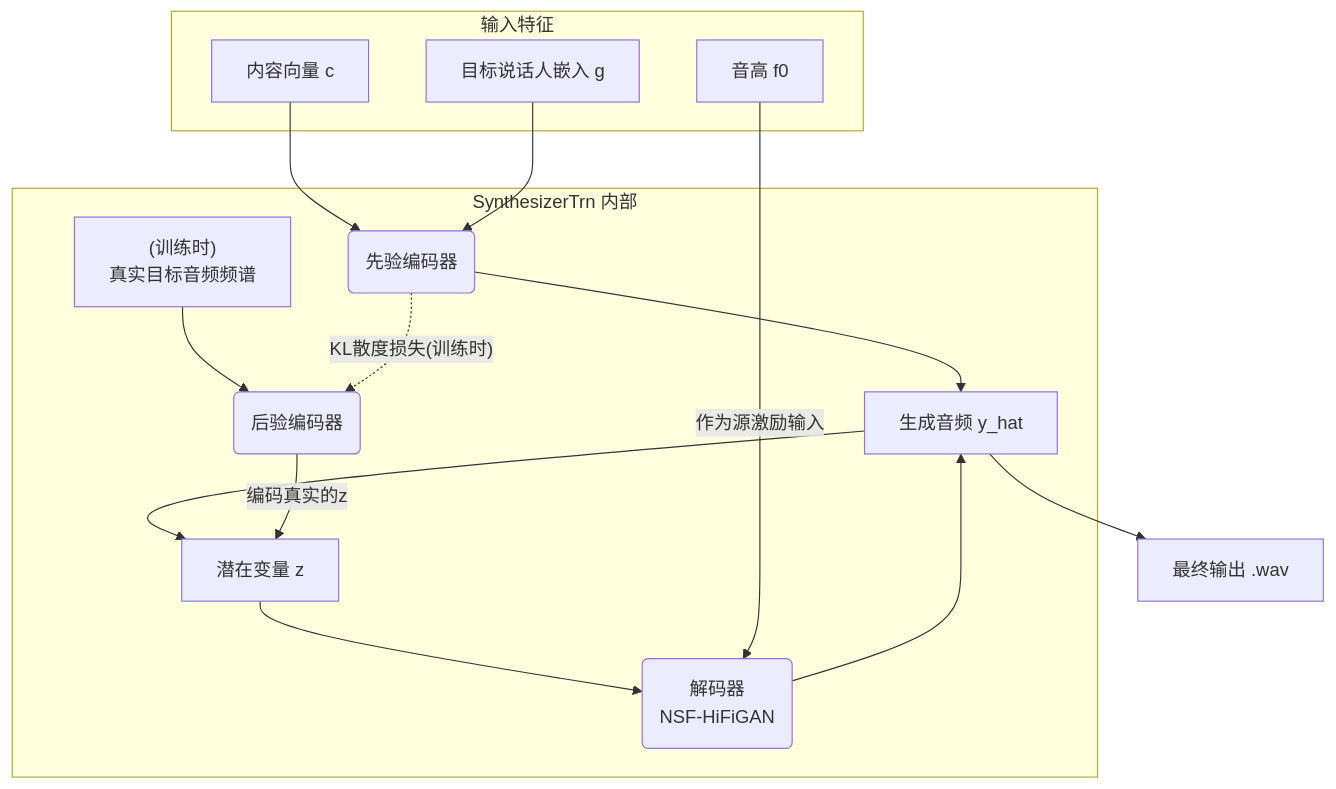
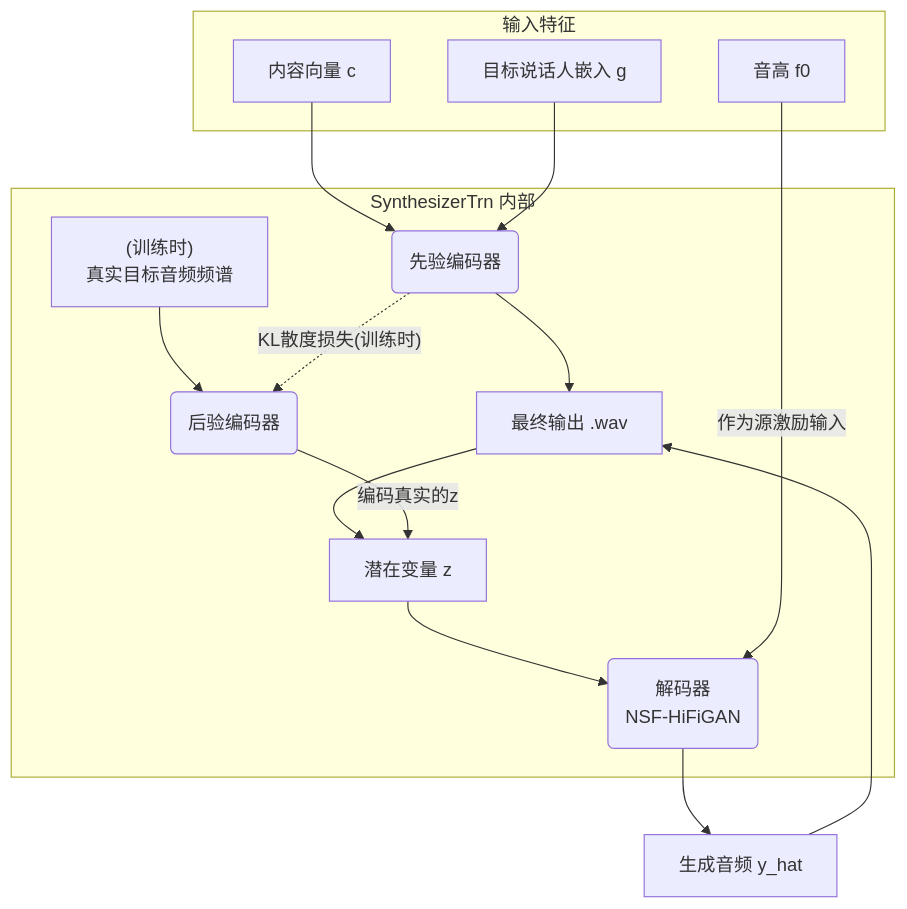
Before and after one commit to liqilun1008/sovitsvrc: the third of 5 diagrams in So-VITS-SVC 4.1 流程图与模型详解.md, drawn with Mermaid.

Commit message:
Update So-VITS-SVC 4.1 流程图与模型详解.md

````diff
--- a/So-VITS-SVC 4.1 流程图与模型详解.md
+++ b/So-VITS-SVC 4.1 流程图与模型详解.md
@@ -71,30 +71,30 @@
 ```mermaid
 graph TD
     subgraph "输入特征"
         A[内容向量 c];
         B[音高 f0];
         C[目标说话人嵌入 g];
     end
     
     subgraph "SynthesizerTrn 内部"
         D(先验编码器);
         E(后验编码器);
         F("解码器<br>NSF-HiFiGAN");
         G[潜在变量 z];
         H["(训练时)<br>真实目标音频频谱"];
-        I(Normalizing Flows);
+        L(Normalizing Flows);
 
         A & C --> D;
-        D --> I;
-        I --> G;
+        D --> L;
+        L --> G;
         H --> E;
         E -- "编码真实的z" --> G;
         D -.->|"KL散度损失(训练时)"| E;
 
         G --> F;
         B -- "作为源激励输入" --> F;
     end
     
     F --> I[生成音频 y_hat];
     I --> L[最终输出 .wav];
 ```
````
